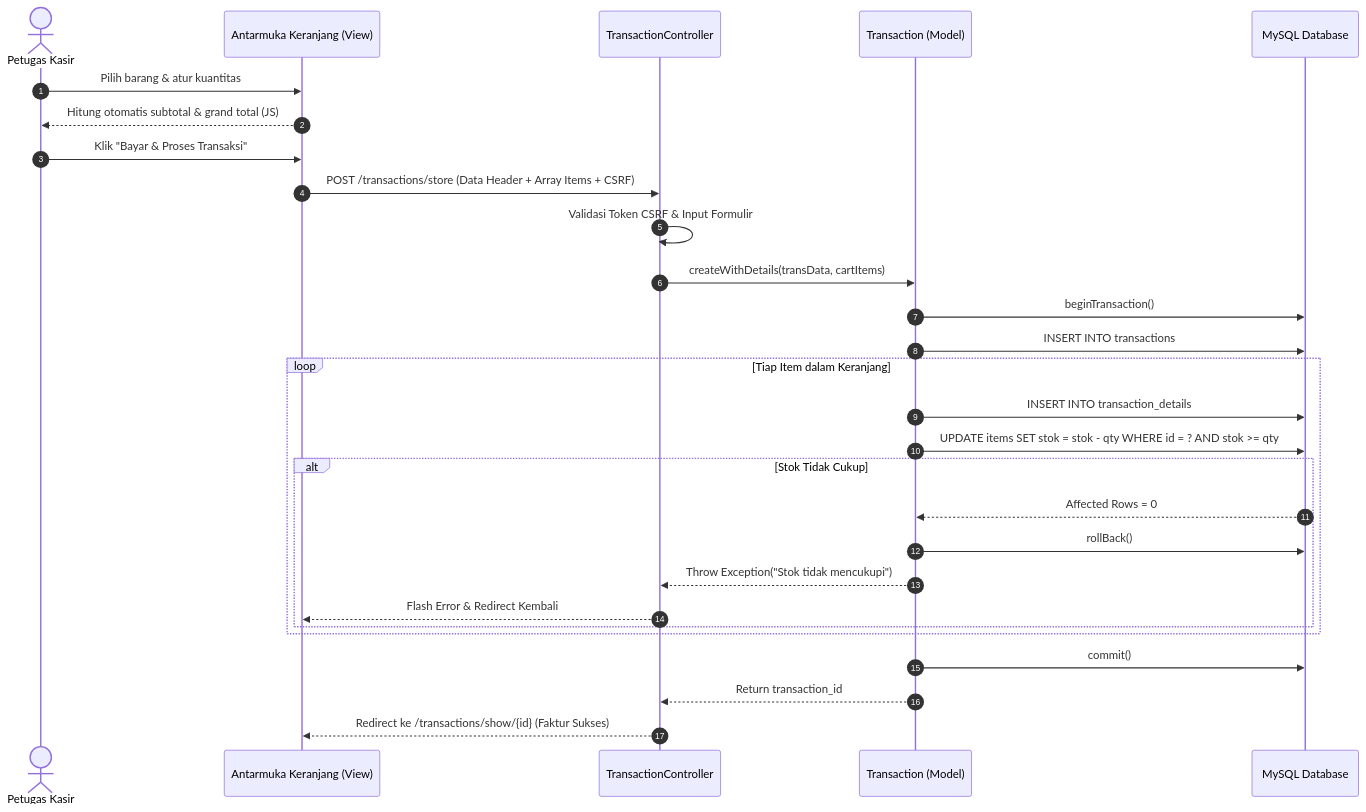
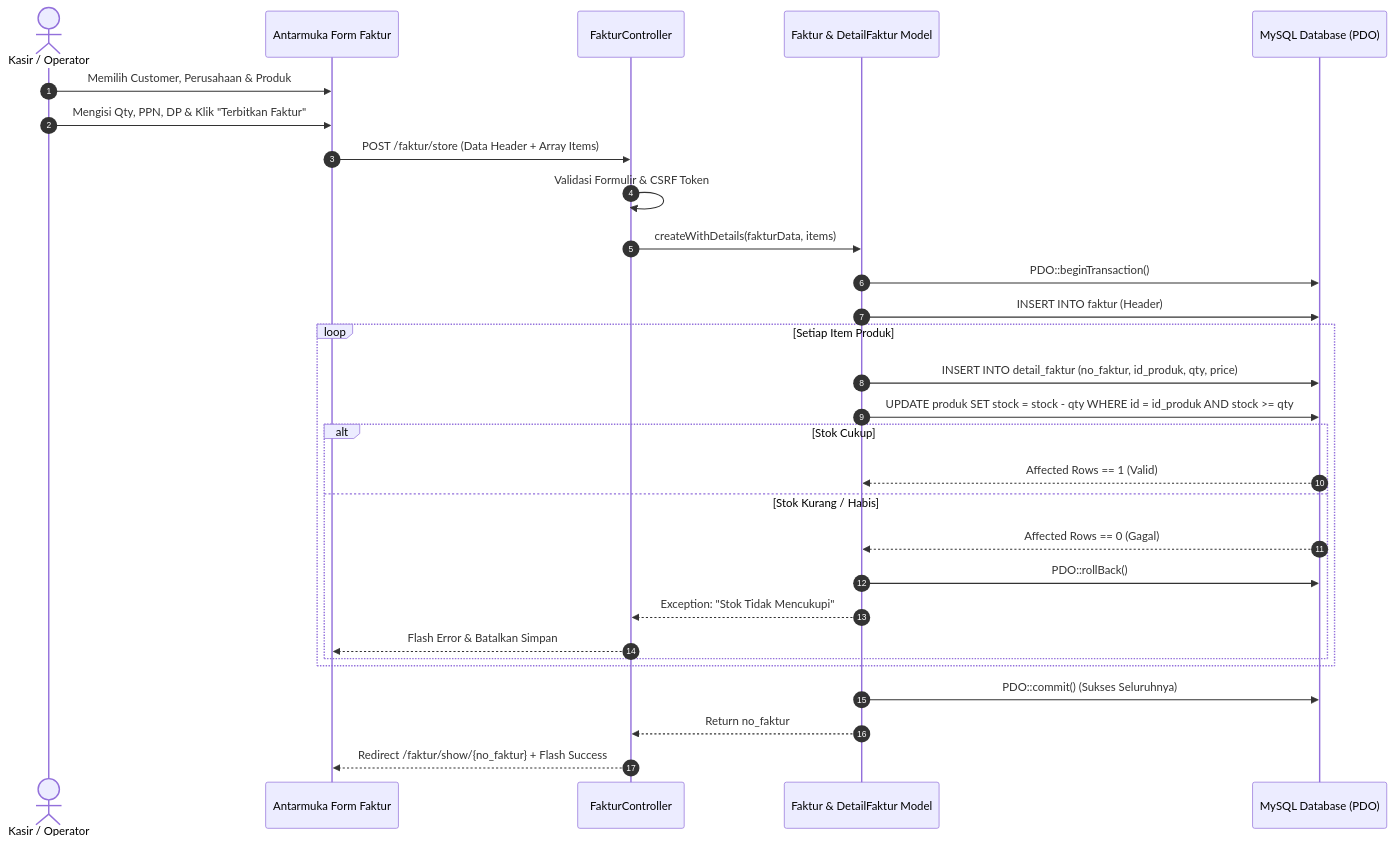
One commit to kkhwjnrk/kukuh_app changed the second of 2 diagrams in docs/SPESIFIKASI.md. Above: the diagram before and after it, drawn with Mermaid. The commit also changed other lines of this file, not shown here.

````diff
--- a/docs/SPESIFIKASI.md
+++ b/docs/SPESIFIKASI.md
@@ -91,31 +138,35 @@
 ```mermaid
 sequenceDiagram
     autonumber
-    actor Petugas as Petugas Kasir
-    participant UI as Antarmuka Keranjang (View)
-    participant Ctrl as TransactionController
-    participant Model as Transaction (Model)
-    participant DB as MySQL Database
+    actor Kasir as Kasir / Operator
+    participant UI as Antarmuka Form Faktur
+    participant Controller as FakturController
+    participant Model as Faktur & DetailFaktur Model
+    participant DB as MySQL Database (PDO)
 
-    Petugas->>UI: Pilih barang & atur kuantitas
-    UI-->>Petugas: Hitung otomatis subtotal & grand total (JS)
-    Petugas->>UI: Klik "Bayar & Proses Transaksi"
-    UI->>Ctrl: POST /transactions/store (Data Header + Array Items + CSRF)
-    Ctrl->>Ctrl: Validasi Token CSRF & Input Formulir
-    Ctrl->>Model: createWithDetails(transData, cartItems)
-    Model->>DB: beginTransaction()
-    Model->>DB: INSERT INTO transactions
-    loop Tiap Item dalam Keranjang
-        Model->>DB: INSERT INTO transaction_details
-        Model->>DB: UPDATE items SET stok = stok - qty WHERE id = ? AND stok >= qty
-        alt Stok Tidak Cukup
-            DB-->>Model: Affected Rows = 0
-            Model->>DB: rollBack()
-            Model-->>Ctrl: Throw Exception("Stok tidak mencukupi")
-            Ctrl-->>UI: Flash Error & Redirect Kembali
+    Kasir->>UI: Memilih Customer, Perusahaan & Produk
+    Kasir->>UI: Mengisi Qty, PPN, DP & Klik "Terbitkan Faktur"
+    UI->>Controller: POST /faktur/store (Data Header + Array Items)
+    Controller->>Controller: Validasi Formulir & CSRF Token
+    Controller->>Model: createWithDetails(fakturData, items)
+    
+    Model->>DB: PDO::beginTransaction()
+    Model->>DB: INSERT INTO faktur (Header)
+    
+    loop Setiap Item Produk
+        Model->>DB: INSERT INTO detail_faktur (no_faktur, id_produk, qty, price)
+        Model->>DB: UPDATE produk SET stock = stock - qty WHERE id = id_produk AND stock >= qty
+        alt Stok Cukup
+            DB-->>Model: Affected Rows == 1 (Valid)
+        else Stok Kurang / Habis
+            DB-->>Model: Affected Rows == 0 (Gagal)
+            Model->>DB: PDO::rollBack()
+            Model-->>Controller: Exception: "Stok Tidak Mencukupi"
+            Controller-->>UI: Flash Error & Batalkan Simpan
         end
     end
-    Model->>DB: commit()
-    Model-->>Ctrl: Return transaction_id
-    Ctrl-->>UI: Redirect ke /transactions/show/{id} (Faktur Sukses)
+
+    Model->>DB: PDO::commit() (Sukses Seluruhnya)
+    Model-->>Controller: Return no_faktur
+    Controller-->>UI: Redirect /faktur/show/{no_faktur} + Flash Success
 ```
````
